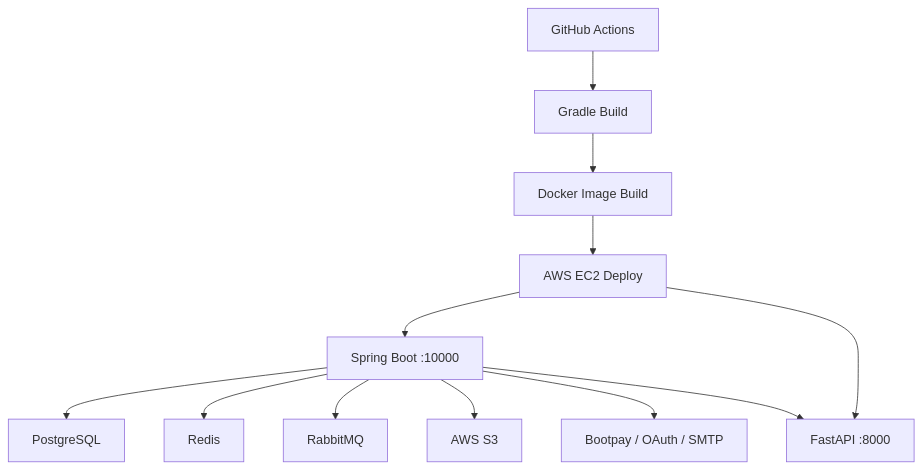
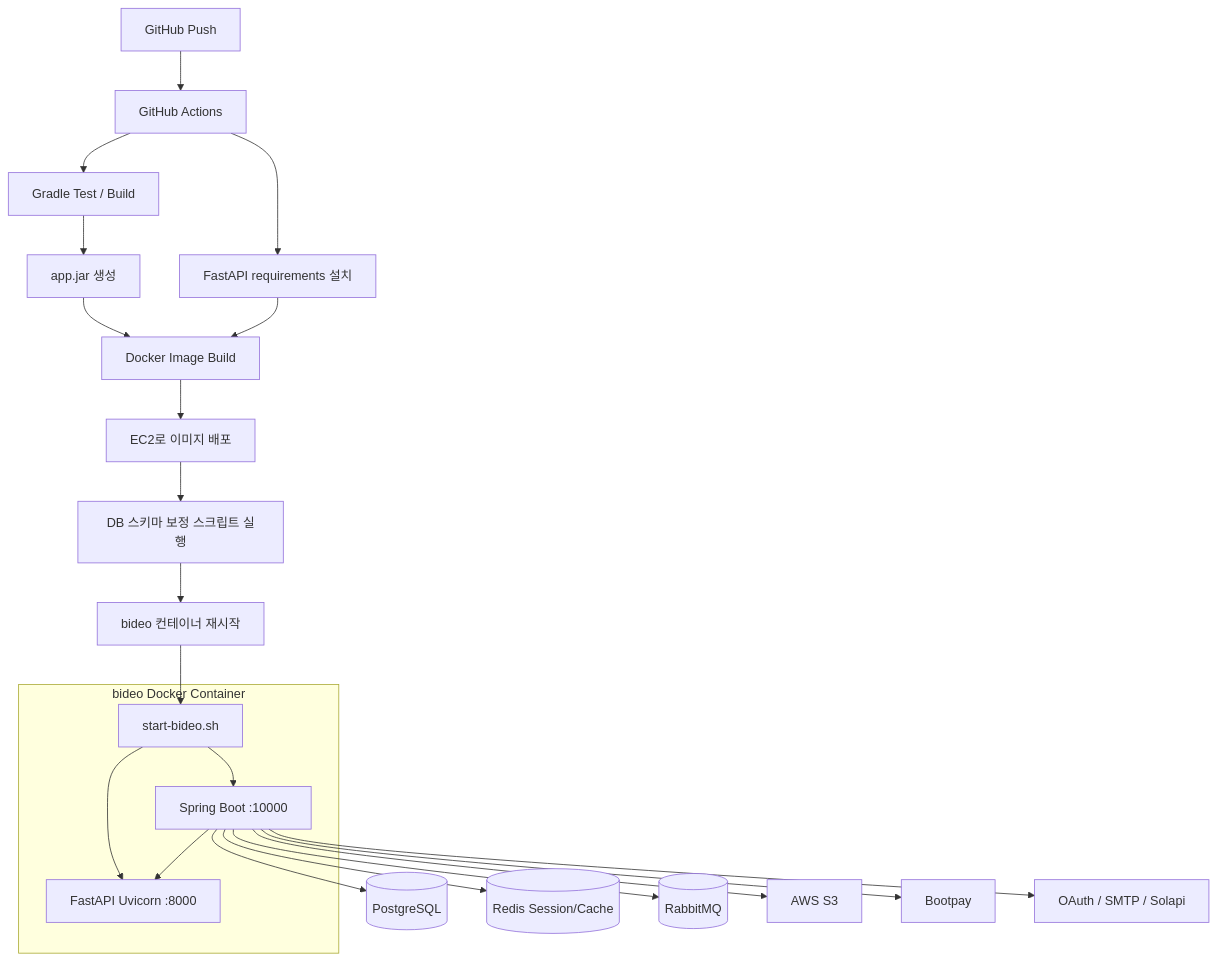
One commit to chanho8629-lgtm/ec2 changed the fifth of 5 diagrams in README.md. Above: the diagram before and after it, drawn with Mermaid. The commit also changed other lines of this file, not shown here.

Commit message:
docs: improve erd and process diagrams

````diff
--- a/README.md
+++ b/README.md
@@ -231,14 +438,29 @@
 ```mermaid
 flowchart TB
-    A[GitHub Actions] --> B[Gradle Build]
-    B --> C[Docker Image Build]
-    C --> D[AWS EC2 Deploy]
-    D --> E[Spring Boot :10000]
-    D --> F[FastAPI :8000]
-    E --> G[PostgreSQL]
-    E --> H[Redis]
-    E --> I[RabbitMQ]
-    E --> J[AWS S3]
-    E --> K[Bootpay / OAuth / SMTP]
+    A[GitHub Push] --> B[GitHub Actions]
+    B --> C[Gradle Test / Build]
+    C --> D[app.jar 생성]
+    B --> E[FastAPI requirements 설치]
+    D --> F[Docker Image Build]
     E --> F
+    F --> G[EC2로 이미지 배포]
+    G --> H[DB 스키마 보정 스크립트 실행]
+    H --> I[bideo 컨테이너 재시작]
+
+    subgraph EC2[bideo Docker Container]
+        J[Spring Boot :10000]
+        K[FastAPI Uvicorn :8000]
+        L[start-bideo.sh]
+        L --> J
+        L --> K
+        J --> K
+    end
+
+    I --> L
+    J --> M[(PostgreSQL)]
+    J --> N[(Redis Session/Cache)]
+    J --> O[(RabbitMQ)]
+    J --> P[AWS S3]
+    J --> Q[Bootpay]
+    J --> R[OAuth / SMTP / Solapi]
 ```
````
